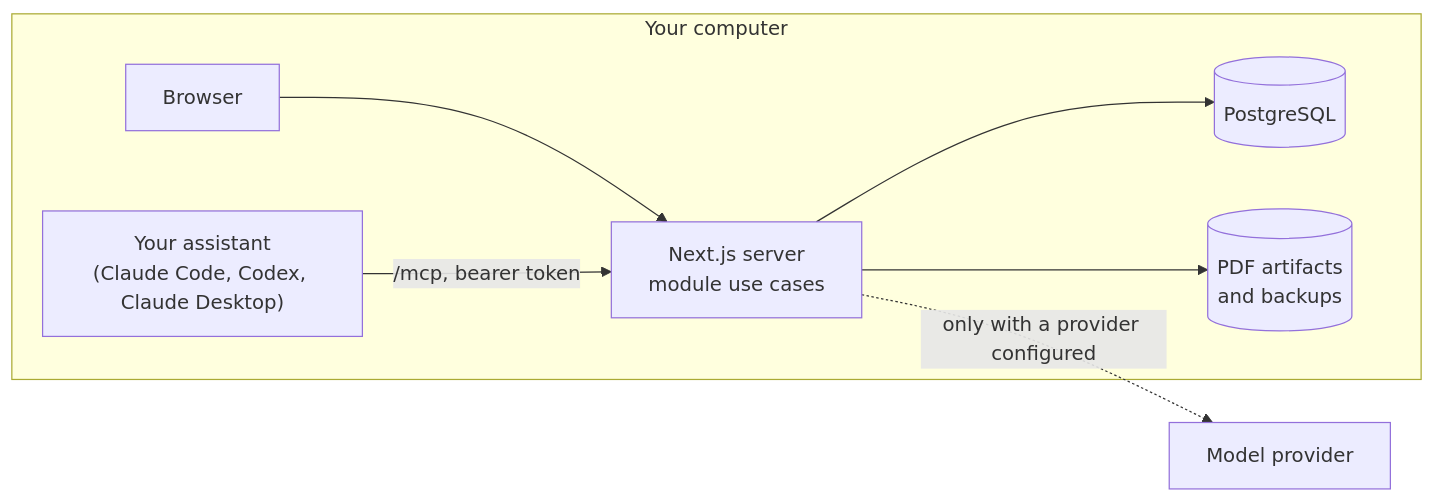
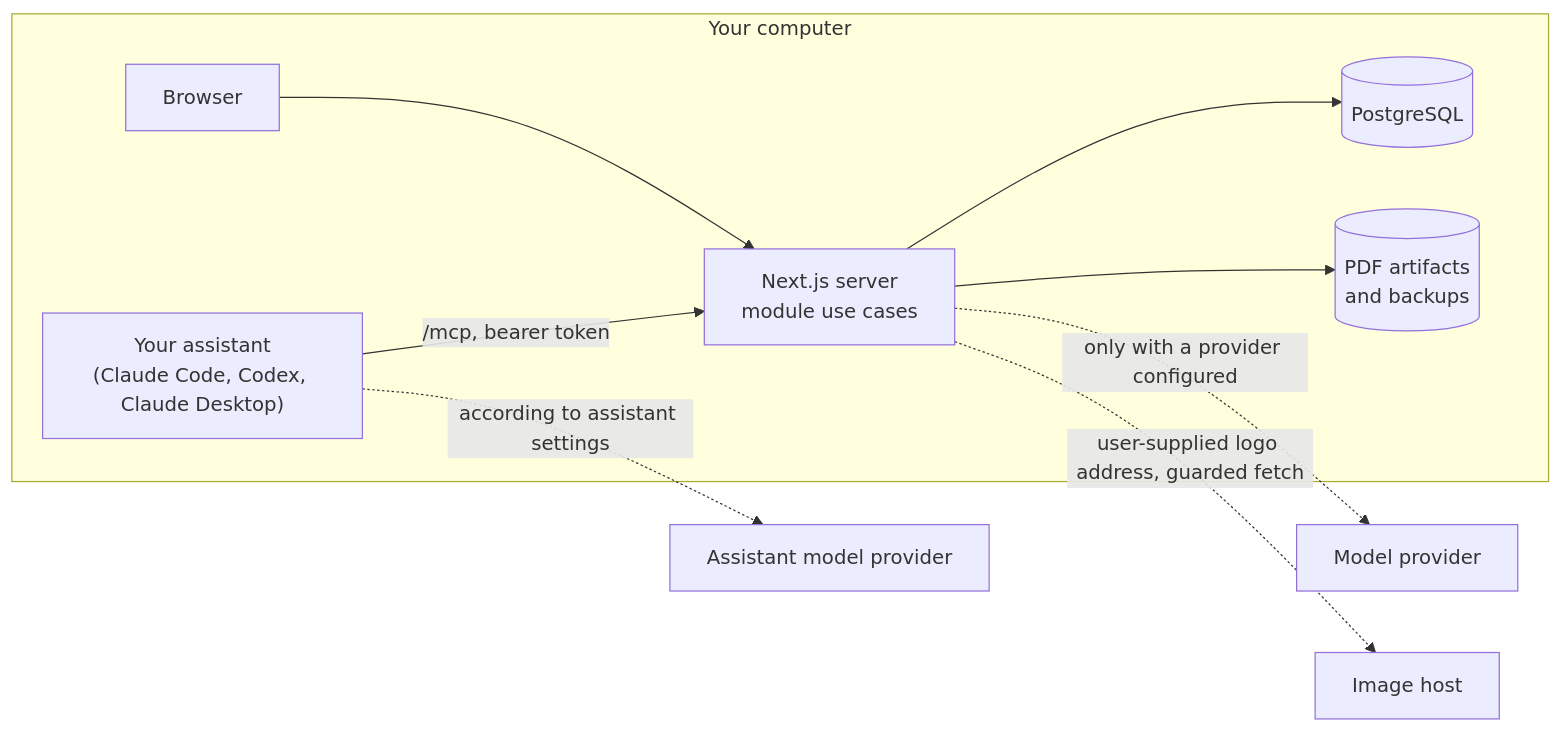
One commit to 3333444n/landed changed the diagram in README.md. Above: the diagram before and after it, drawn with Mermaid. The commit also changed other lines of this file and 16 other files, not shown here.

````diff
--- a/README.md
+++ b/README.md
@@ -75,10 +73,12 @@
 ```mermaid
 flowchart LR
   subgraph local["Your computer"]
     browser["Browser"] --> app["Next.js server\nmodule use cases"]
     assistant["Your assistant\n(Claude Code, Codex, Claude Desktop)"] -->|"/mcp, bearer token"| app
     app --> db[("PostgreSQL")]
     app --> files[("PDF artifacts\nand backups")]
   end
   app -.->|"only with a provider configured"| provider["Model provider"]
+  assistant -.->|"according to assistant settings"| assistantProvider["Assistant model provider"]
+  app -.->|"user-supplied logo address, guarded fetch"| images["Image host"]
 ```
````
